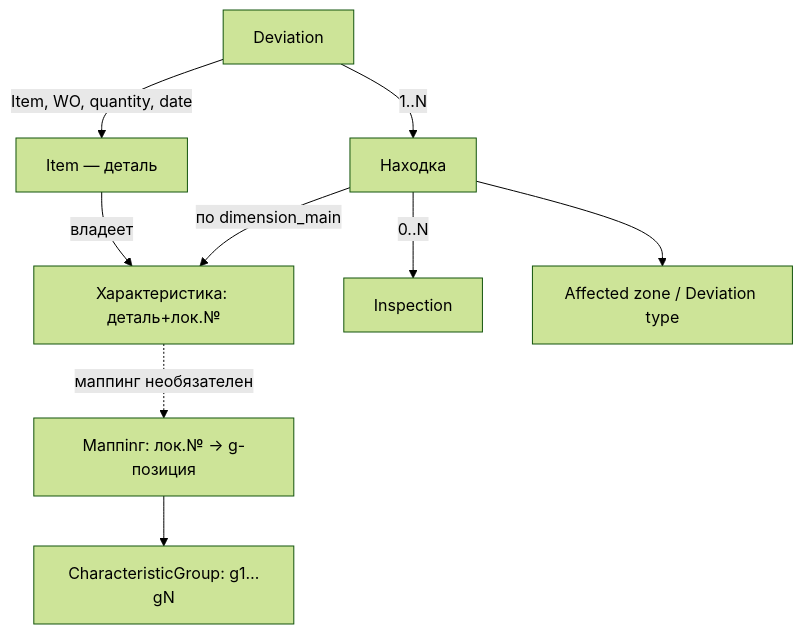
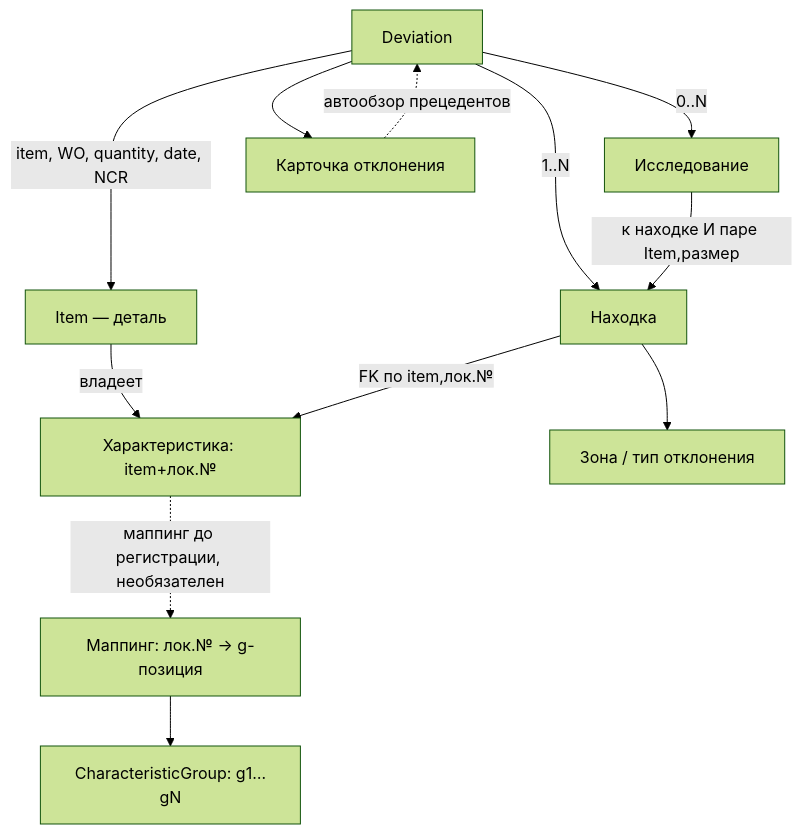
Before and after one commit to foehnavia/QMS: the diagram in docs/_INDEX.md, drawn with Mermaid (forest theme). The commit also changed other lines of this file and 19 other files, not shown here.

````diff
--- a/docs/_INDEX.md
+++ b/docs/_INDEX.md
@@ -34,20 +72,24 @@
 ```mermaid
 graph TD
     Item[Item — деталь]
-    Char[Характеристика: деталь+лок.№]
+    Char[Характеристика: item+лок.№]
     CG[CharacteristicGroup: g1…gN]
-    Map[Маппinг: лок.№ → g-позиция]
+    Map[Маппинг: лок.№ → g-позиция]
     Dev[Deviation]
     Find[Находка]
-    Insp[Inspection]
-    Zone[Affected zone / Deviation type]
+    Insp[Исследование]
+    Card[Карточка отклонения]
+    Zone[Зона / тип отклонения]
 
     Item -->|владеет| Char
-    Char -.маппинг необязателен.-> Map
+    Char -.маппинг до регистрации, необязателен.-> Map
     Map --> CG
-    Dev -->|Item, WO, quantity, date| Item
+    Dev -->|item, WO, quantity, date, NCR| Item
     Dev -->|1..N| Find
-    Find -->|по dimension_main| Char
+    Dev -->|0..N| Insp
+    Dev --> Card
+    Find -->|FK по item,лок.№| Char
     Find --> Zone
-    Find -->|0..N| Insp
+    Insp -->|к находке И паре Item,размер| Find
+    Card -.автообзор прецедентов.-> Dev
 ```
````
